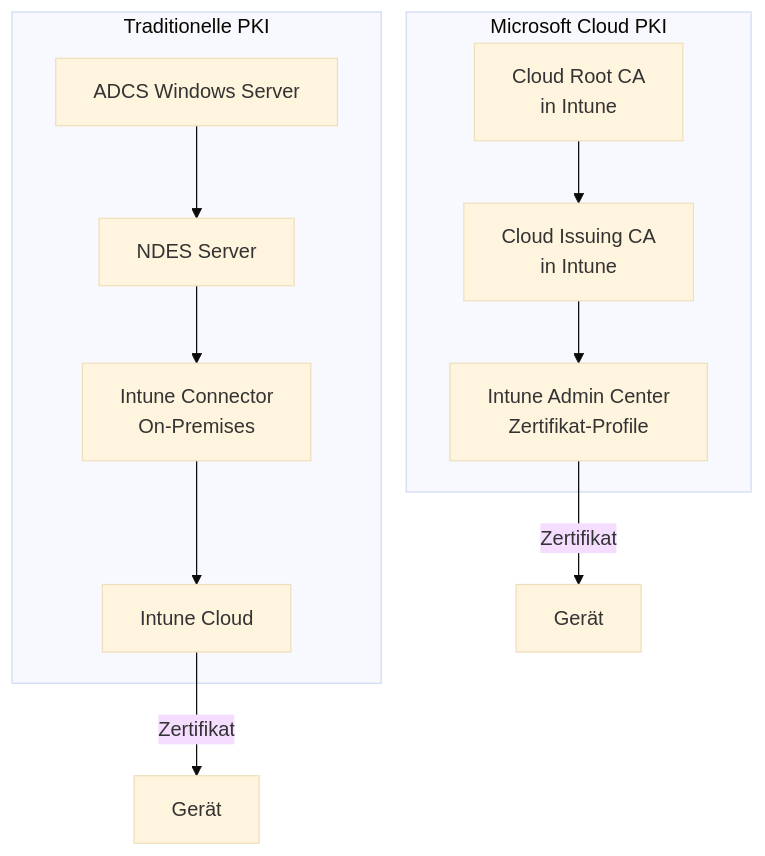
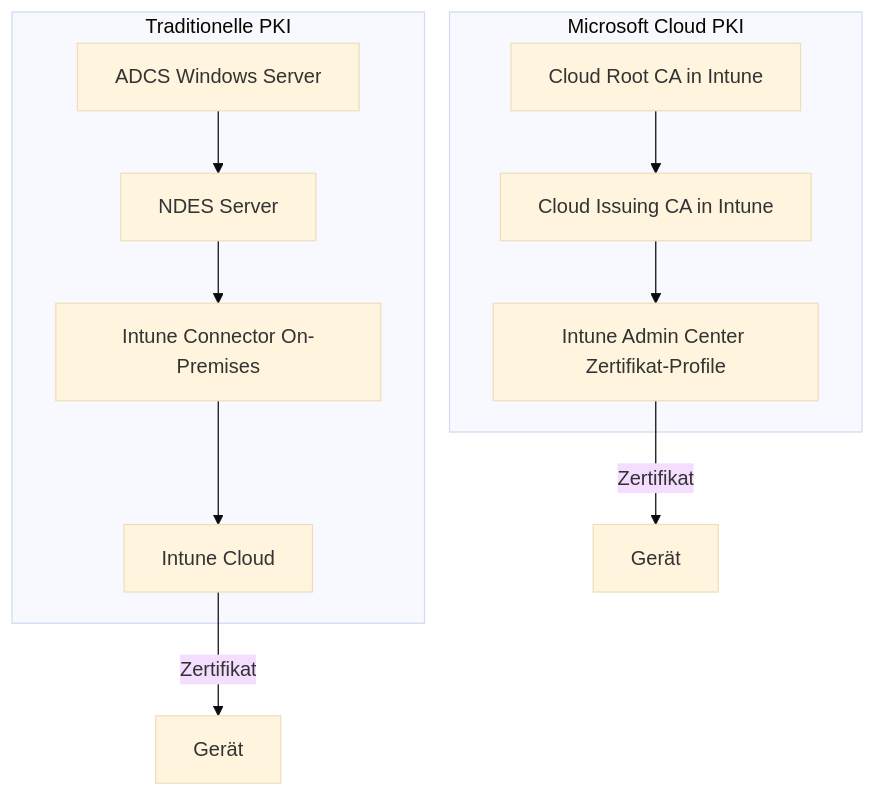
Before and after one commit to SoniiiT/notes-n-docs: the first of 2 diagrams in Microsoft 365/Intune Suite/Microsoft Cloud PKI.md, drawn with Mermaid (base theme). The commit also changed other lines of this file and 124 other files, not shown here.

First line of the commit message:
fix: Entferne \n aus allen Mermaid-Diagrammen (125 Dateien)

````diff
--- a/Microsoft 365/Intune Suite/Microsoft Cloud PKI.md
+++ b/Microsoft 365/Intune Suite/Microsoft Cloud PKI.md
@@ -35,16 +35,16 @@
 ```mermaid
 graph TD
     subgraph TRADITIONAL["Traditionelle PKI"]
         ADCS[ADCS Windows Server] --> NDES[NDES Server]
-        NDES --> CONNECTOR[Intune Connector\nOn-Premises]
+        NDES --> CONNECTOR[Intune Connector On-Premises]
         CONNECTOR --> INTUNE_OLD[Intune Cloud]
     end
     
     subgraph CLOUD_PKI["Microsoft Cloud PKI"]
-        ROOT[Cloud Root CA\nin Intune] --> ISSUING[Cloud Issuing CA\nin Intune]
-        ISSUING --> INTUNE_NEW[Intune Admin Center\nZertifikat-Profile]
+        ROOT[Cloud Root CA in Intune] --> ISSUING[Cloud Issuing CA in Intune]
+        ISSUING --> INTUNE_NEW[Intune Admin Center Zertifikat-Profile]
     end
     
     INTUNE_OLD -->|Zertifikat| DEVICE1[Gerät]
     INTUNE_NEW -->|Zertifikat| DEVICE2[Gerät]
 ```
````
